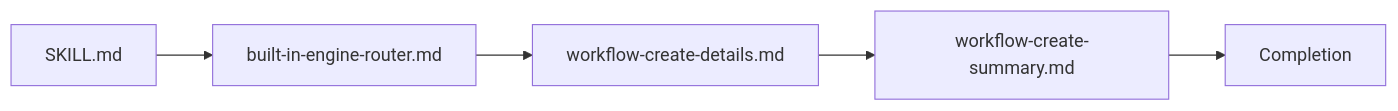
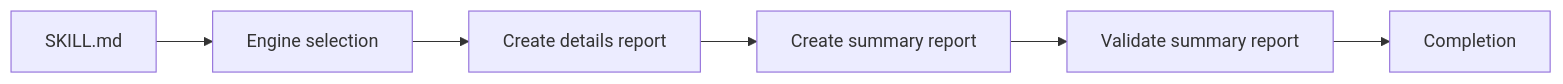
The diagram in src/skills/iceberg-code-review/SKILL.md (mols3131d/mols-agent-assets), drawn with Mermaid before and after one commit. The commit also changed other lines of this file and 9 other files, not shown here.

````diff
--- a/src/skills/iceberg-code-review/SKILL.md
+++ b/src/skills/iceberg-code-review/SKILL.md
@@ -14,7 +14,8 @@
 ```mermaid
 flowchart LR
-    A[SKILL.md] --> B[built-in-engine-router.md]
-    B --> C[workflow-create-details.md]
-    C --> D[workflow-create-summary.md]
-    D --> E[Completion]
+    A[SKILL.md] --> B[Engine selection]
+    B --> C[Create details report]
+    C --> D[Create summary report]
+    D --> E[Validate summary report]
+    E --> F[Completion]
 ```
````
